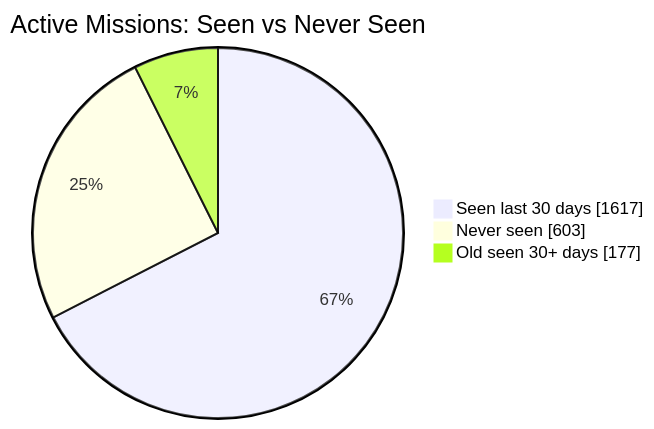
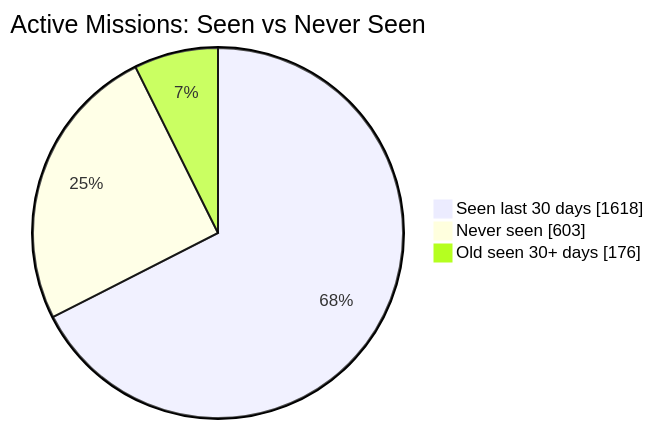
The first of 2 diagrams in README.md (MeldkamerspelGameTeam/active-missions), drawn with Mermaid before and after one commit. The commit also changed other lines of this file and 8 other files, not shown here.

````diff
--- a/README.md
+++ b/README.md
@@ -34,7 +34,7 @@
 ```mermaid
 pie showData
     title Active Missions: Seen vs Never Seen
-    "Seen last 30 days" : 1617
+    "Seen last 30 days" : 1618
     "Never seen" : 603
-    "Old seen 30+ days" : 177
+    "Old seen 30+ days" : 176
 ```
````
